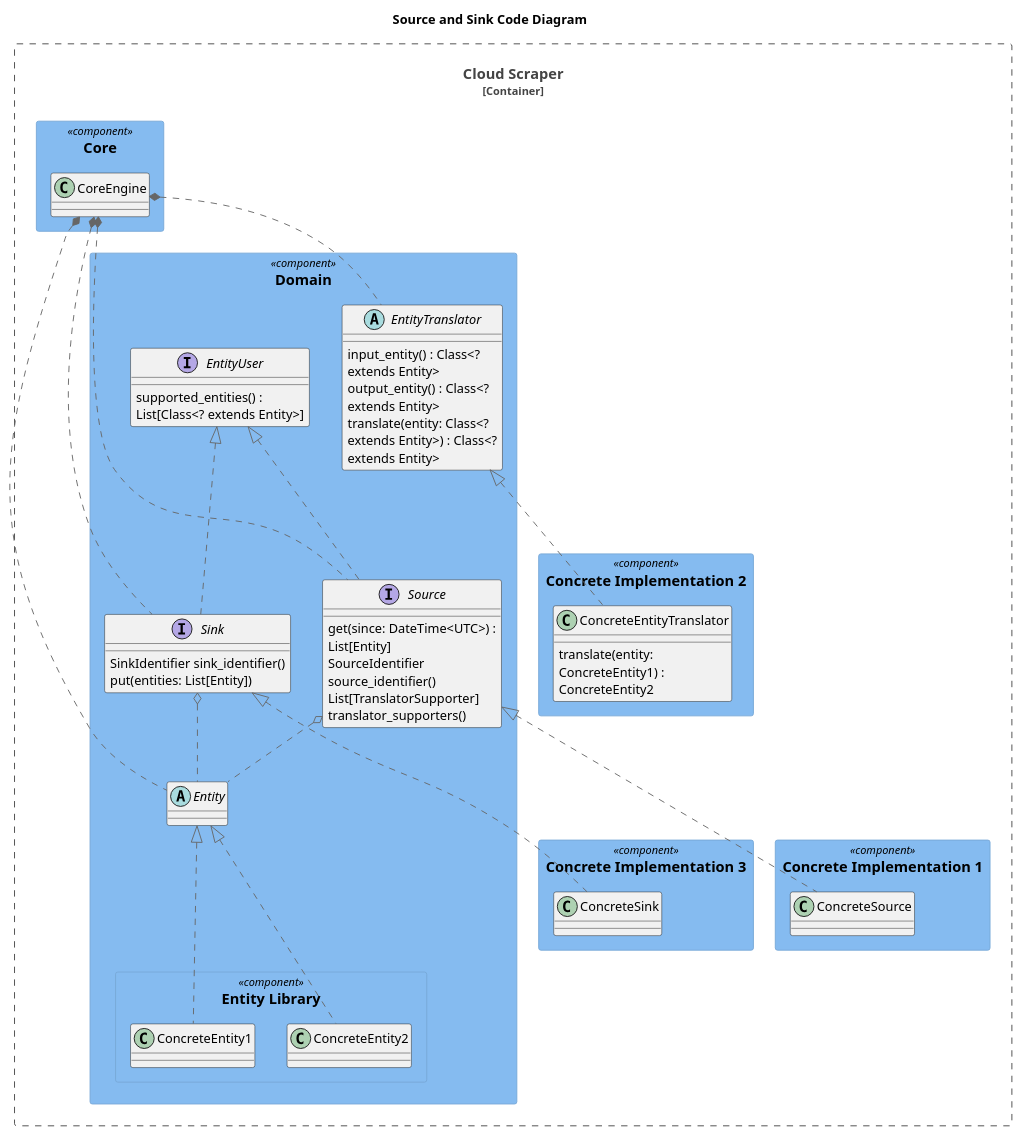
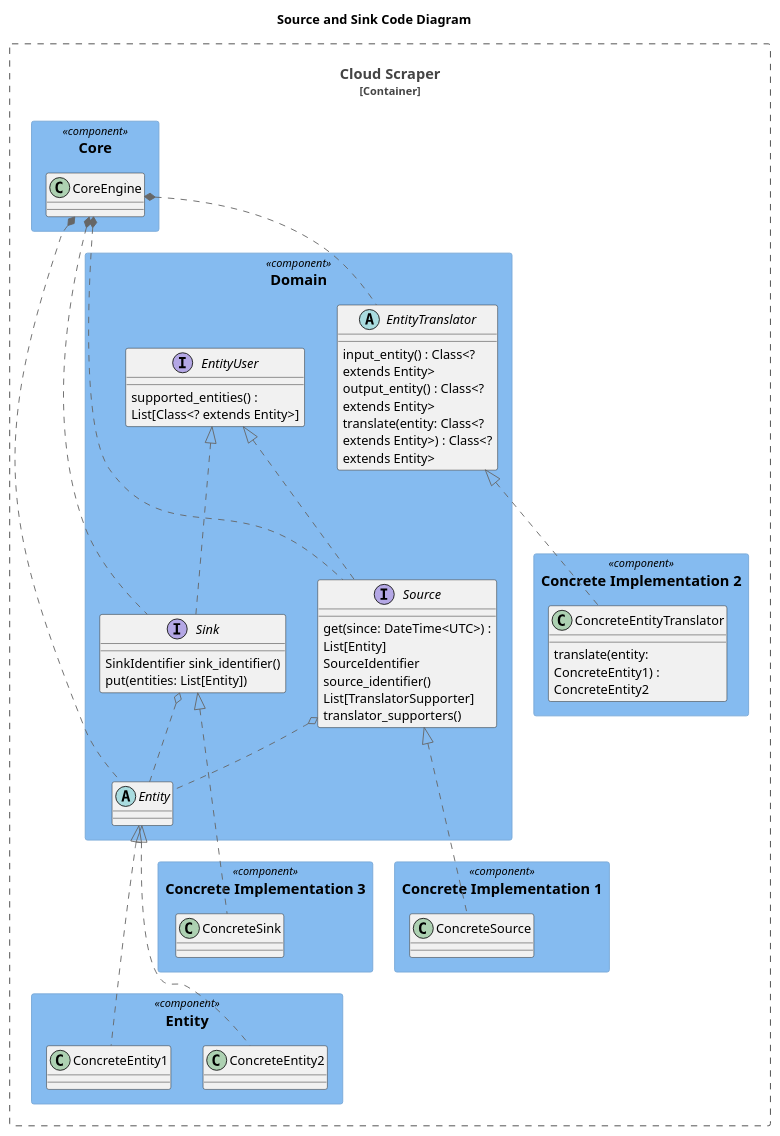
One commit to rob-h-w/cloud-scraper changed the diagram in diagrams/source_and_sink_abstractions.puml. Above: the diagram before and after it, drawn with PlantUML.

Commit message:
Tweak the Code Diagram
To get the entity namespace out of the domain namespace.

```diff
--- a/diagrams/source_and_sink_abstractions.puml
+++ b/diagrams/source_and_sink_abstractions.puml
@@ -1,75 +1,75 @@
 @startuml Source and Sink Code Diagram
 
 skinparam backgroundColor white
 allowmixing
 
 !include https://raw.githubusercontent.com/plantuml-stdlib/C4-PlantUML/master/C4_Container.puml
 !include https://raw.githubusercontent.com/plantuml-stdlib/C4-PlantUML/master/C4_Component.puml
 
 title Source and Sink Code Diagram
 
 
 Container_Boundary( app, "Cloud Scraper" ) {
     Component( core, "Core" ) {
         class core_engine as "CoreEngine"
     }
 
     Component( domain, "Domain" ) {
         interface entity_user as "EntityUser"
         entity_user : supported_entities() : List[Class<? extends Entity>]
 
         interface source as "Source"
         source : get(since: DateTime<UTC>) : List[Entity]
         source : SourceIdentifier source_identifier()
         source : List[TranslatorSupporter] translator_supporters()
 
         abstract entity as "Entity"
 
         abstract entity_translator as "EntityTranslator"
         entity_translator : input_entity() : Class<? extends Entity>
         entity_translator : output_entity() : Class<? extends Entity>
         entity_translator : translate(entity: Class<? extends Entity>) : Class<? extends Entity>
 
         interface sink as "Sink"
         sink : SinkIdentifier sink_identifier()
         sink : put(entities: List[Entity])
+    }
 
-        Component(entity_lib, "Entity Library") {
-            class concrete_entity_1 as "ConcreteEntity1"
-            class concrete_entity_2 as "ConcreteEntity2"
-        }
+    Component(entity_lib, "Entity") {
+        class concrete_entity_1 as "ConcreteEntity1"
+        class concrete_entity_2 as "ConcreteEntity2"
     }
 
     Component(concrete_1, "Concrete Implementation 1") {
         class concrete_source as "ConcreteSource"
     }
 
     Component(concrete_2, "Concrete Implementation 2") {
         class concrete_entity_translator as "ConcreteEntityTranslator"
         concrete_entity_translator : translate(entity: ConcreteEntity1) : ConcreteEntity2
 
     }
 
     Component(concrete_3, "Concrete Implementation 3") {
         class concrete_sink as "ConcreteSink"
     }
 }
 
 entity_user ^... source
 entity_user ^... sink
 source ^... concrete_source
 entity ^... concrete_entity_1
 entity ^... concrete_entity_2
 entity_translator ^... concrete_entity_translator
 sink ^... concrete_sink
 
 core_engine *.. source
 core_engine *.. entity
 core_engine *.. sink
 core_engine *.. entity_translator
 
 source o.. entity
 
 sink o.. entity
 
 @enduml
```
